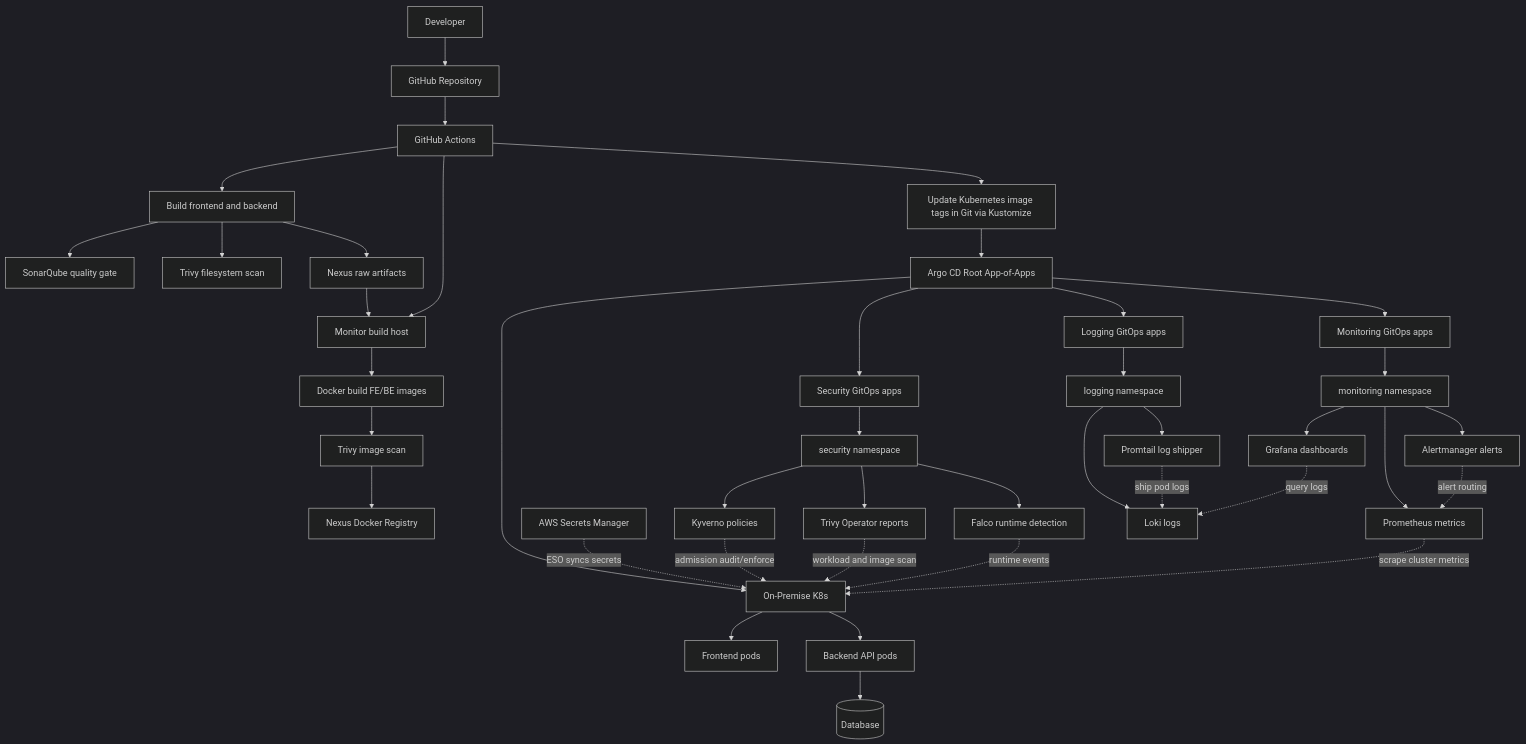
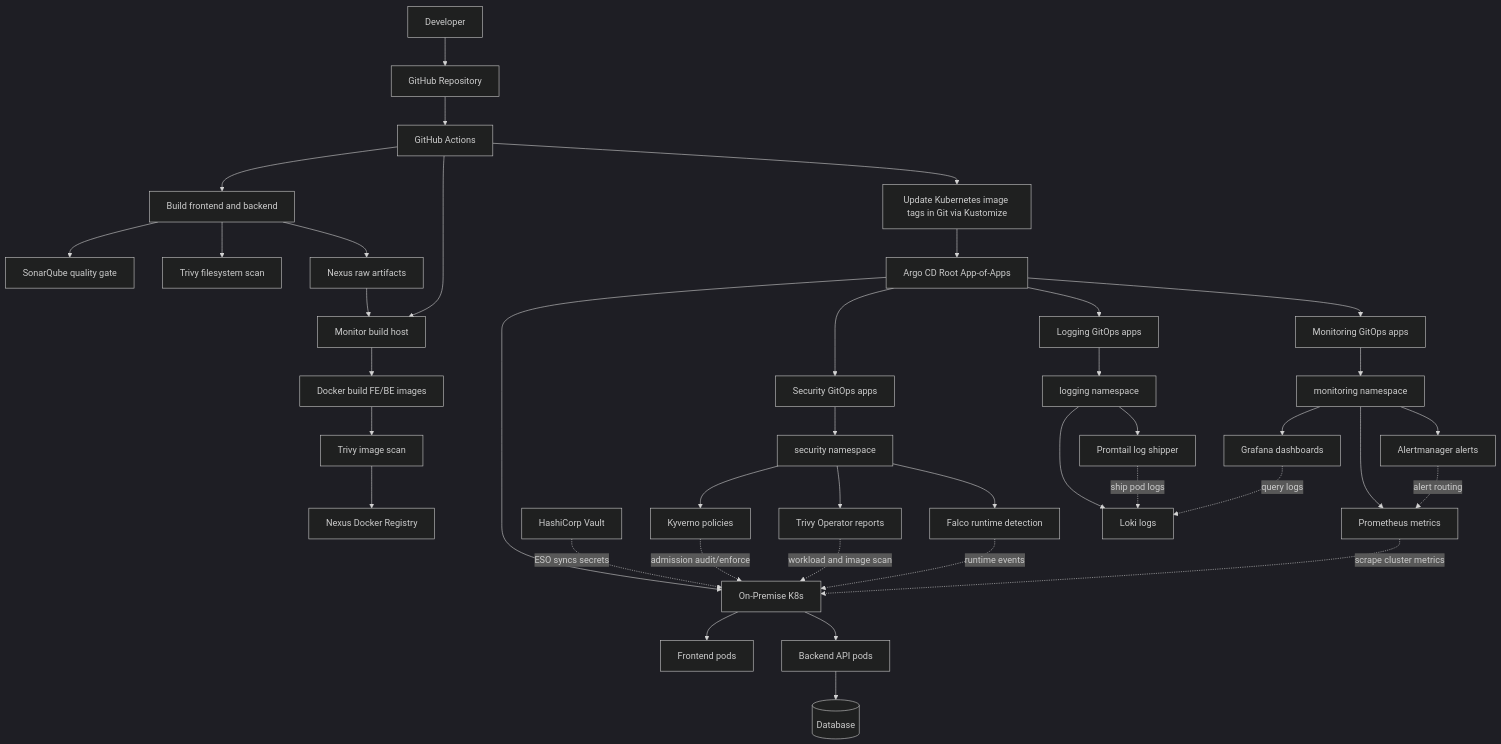
One commit to Kien-devops/k8s-home changed the diagram in README.md. Above: the diagram before and after it, drawn with Mermaid (dark theme). The commit also changed other lines of this file, not shown here.

Commit message:
docs: migrate enterprise secrets management documentation from AWS Secrets Manager to HashiCorp Vault

````diff
--- a/README.md
+++ b/README.md
@@ -24,50 +24,50 @@
 ```mermaid
 flowchart TB
   dev[Developer] --> git[GitHub Repository]
   git --> gha[GitHub Actions]
 
   gha --> build[Build frontend and backend]
   build --> sonar[SonarQube quality gate]
   build --> trivyfs[Trivy filesystem scan]
   build --> nexus[Nexus raw artifacts]
 
   nexus --> builder[Monitor build host]
   gha --> builder
   builder --> docker[Docker build FE/BE images]
   docker --> trivyimg[Trivy image scan]
   trivyimg --> ecr[Nexus Docker Registry]
 
   gha --> manifest[Update Kubernetes image tags in Git via Kustomize]
   manifest --> argocd[Argo CD Root App-of-Apps]
   argocd --> k8s[On-Premise K8s]
-  aws[AWS Secrets Manager] -. ESO syncs secrets .-> k8s
+  vault[HashiCorp Vault] -. ESO syncs secrets .-> k8s
 
   k8s --> fe[Frontend pods]
   k8s --> be[Backend API pods]
   be --> db[(Database)]
 
   argocd --> secapps[Security GitOps apps]
   secapps --> secns[security namespace]
   secns --> kyverno[Kyverno policies]
   secns --> trivyop[Trivy Operator reports]
   secns --> falco[Falco runtime detection]
 
   kyverno -. admission audit/enforce .-> k8s
   trivyop -. workload and image scan .-> k8s
   falco -. runtime events .-> k8s
 
   argocd --> monapps[Monitoring GitOps apps]
   monapps --> monns[monitoring namespace]
   monns --> prometheus[Prometheus metrics]
   monns --> grafana[Grafana dashboards]
   monns --> alertmanager[Alertmanager alerts]
   argocd --> logapps[Logging GitOps apps]
   logapps --> logns[logging namespace]
   logns --> loki[Loki logs]
   logns --> promtail[Promtail log shipper]
 
   prometheus -. scrape cluster metrics .-> k8s
   promtail -. ship pod logs .-> loki
   grafana -. query logs .-> loki
   alertmanager -. alert routing .-> prometheus
 ```
````
